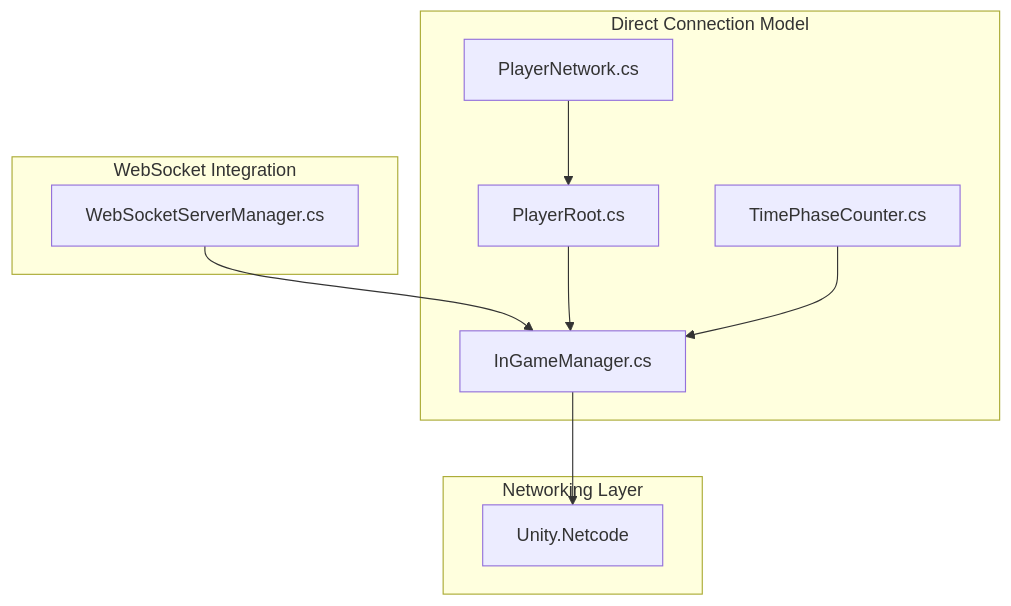
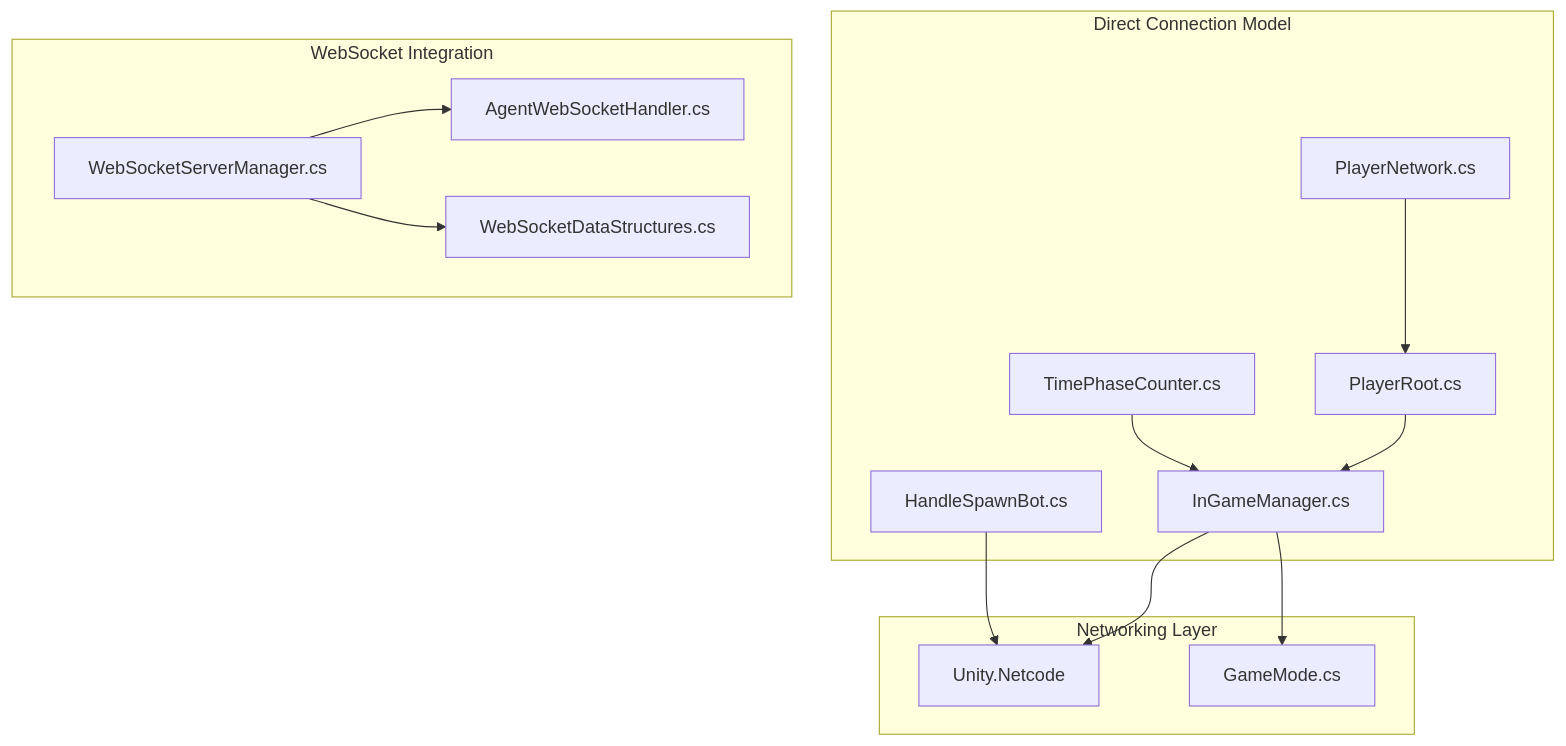
The first of 8 diagrams in .qoder/repowiki/en/content/Multiplayer System/Lobby Management/Authentication System.md (kandeng/AI-Controlled-battle-game), drawn with Mermaid before and after one commit. The commit also changed other lines of this file and 5 other files, not shown here.

````diff
--- a/.qoder/repowiki/en/content/Multiplayer System/Lobby Management/Authentication System.md
+++ b/.qoder/repowiki/en/content/Multiplayer System/Lobby Management/Authentication System.md
@@ -39,20 +46,27 @@
 ```mermaid
 graph TB
 subgraph "Direct Connection Model"
 PN["PlayerNetwork.cs"]
 PR["PlayerRoot.cs"]
 IGM["InGameManager.cs"]
 TPC["TimePhaseCounter.cs"]
+HSB["HandleSpawnBot.cs"]
 end
 subgraph "WebSocket Integration"
 WSM["WebSocketServerManager.cs"]
+AWSH["AgentWebSocketHandler.cs"]
+WSDS["WebSocketDataStructures.cs"]
 end
 subgraph "Networking Layer"
 NC["Unity.Netcode"]
+GM["GameMode.cs"]
 end
 PN --> PR
 PR --> IGM
 IGM --> NC
-WSM --> IGM
+IGM --> GM
+WSM --> AWSH
+WSM --> WSDS
 TPC --> IGM
+HSB --> NC
 ```
````
